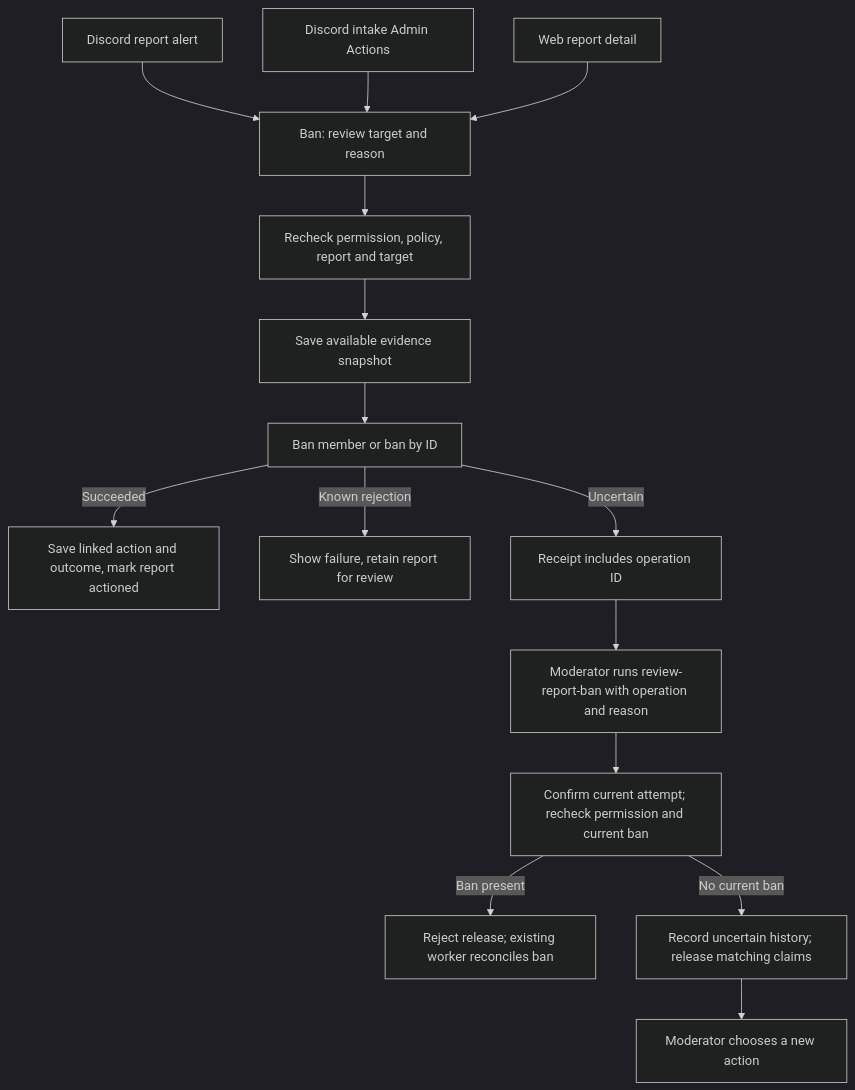
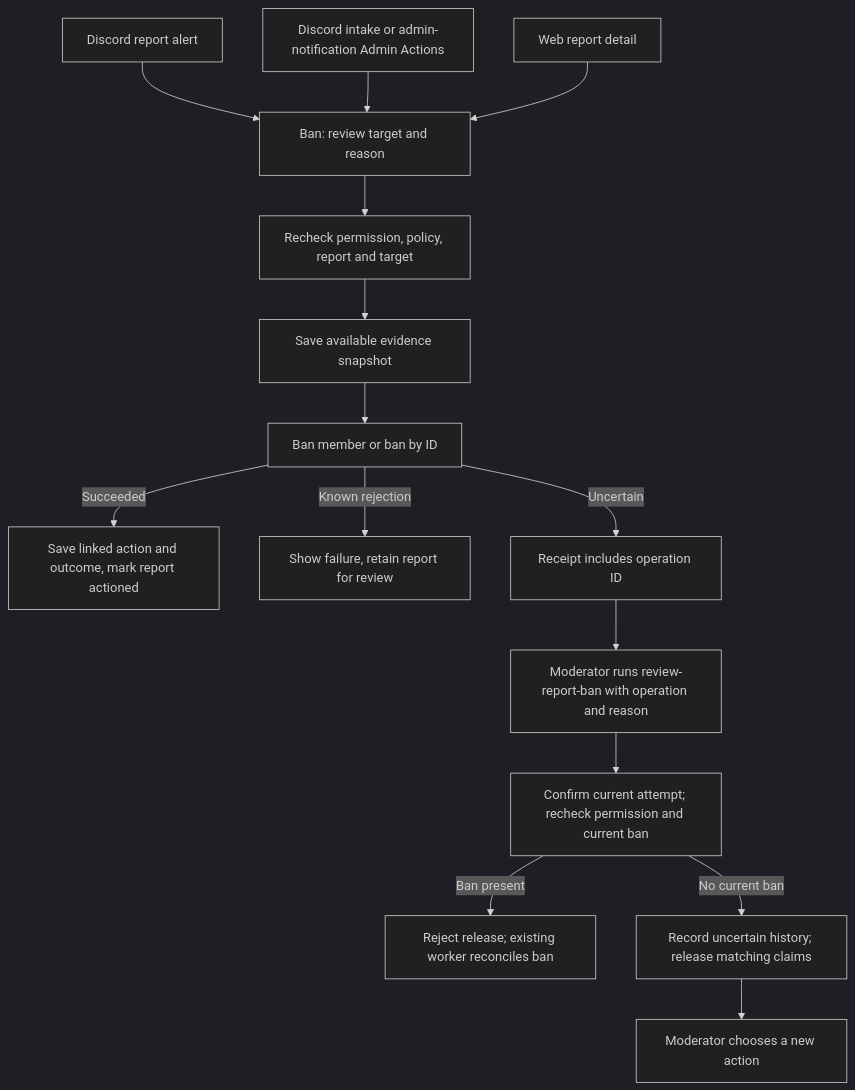
One commit to BASIC-BIT/drasil changed the diagram in docs/superpowers/specs/2026-10-15-verification-and-report-ban-design.md. Above: the diagram before and after it, drawn with Mermaid (dark theme). The commit also changed other lines of this file and 14 other files, not shown here.

````diff
--- a/docs/superpowers/specs/2026-10-15-verification-and-report-ban-design.md
+++ b/docs/superpowers/specs/2026-10-15-verification-and-report-ban-design.md
@@ -15,17 +15,17 @@
 ```mermaid
 flowchart TD
   A[Discord report alert] --> D[Ban: review target and reason]
-  B[Discord intake Admin Actions] --> D
+  B[Discord intake or admin-notification Admin Actions] --> D
   C[Web report detail] --> D
   D --> E[Recheck permission, policy, report and target]
   E --> F[Save available evidence snapshot]
   F --> G[Ban member or ban by ID]
   G -->|Succeeded| H[Save linked action and outcome, mark report actioned]
   G -->|Known rejection| I[Show failure, retain report for review]
   G -->|Uncertain| J[Receipt includes operation ID]
   J --> K[Moderator runs review-report-ban with operation and reason]
   K --> L[Confirm current attempt; recheck permission and current ban]
   L -->|Ban present| O[Reject release; existing worker reconciles ban]
   L -->|No current ban| M[Record uncertain history; release matching claims]
   M --> N[Moderator chooses a new action]
 ```
````
